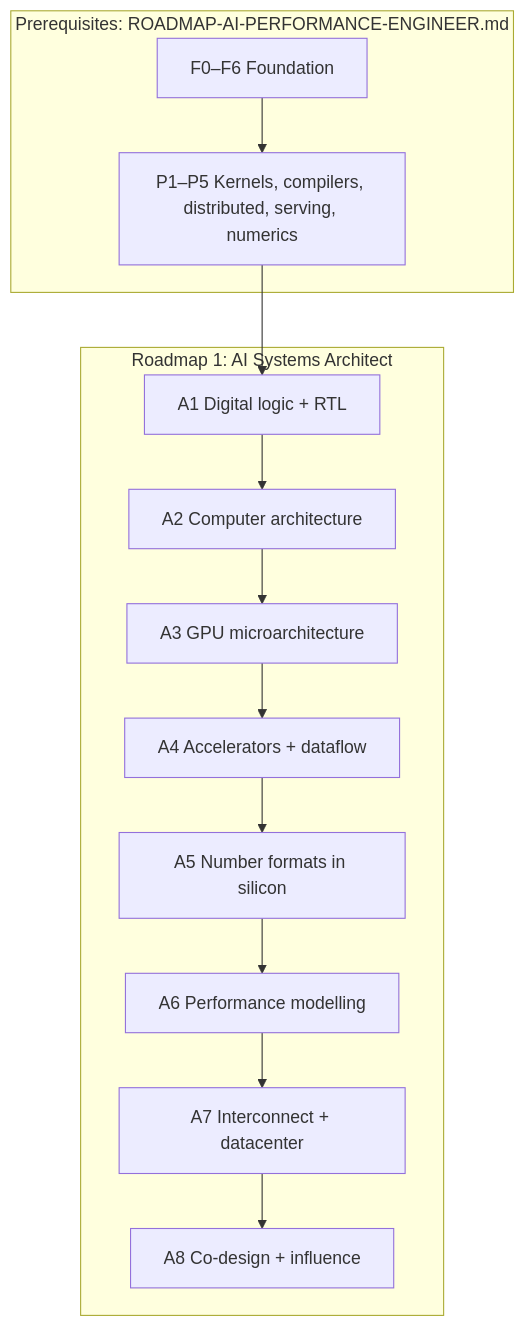
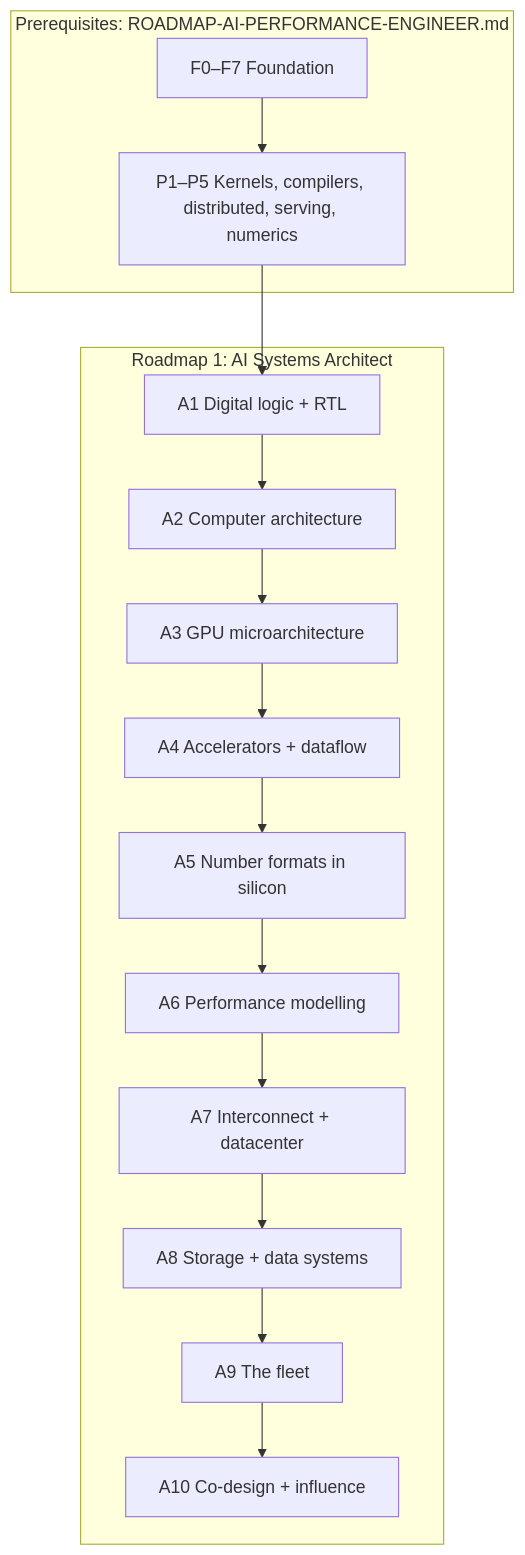
Before and after one commit to SID-Devu/AI-Trainings: the diagram in reference/ROADMAP-AI-SYSTEMS-ARCHITECT.md, drawn with Mermaid. The commit also changed other lines of this file and 3 other files, not shown here.

````diff
--- a/reference/ROADMAP-AI-SYSTEMS-ARCHITECT.md
+++ b/reference/ROADMAP-AI-SYSTEMS-ARCHITECT.md
@@ -121,10 +138,10 @@
 ```mermaid
 flowchart TB
     subgraph PRE["Prerequisites: ROADMAP-AI-PERFORMANCE-ENGINEER.md"]
-        F["F0–F6 Foundation"] --> P["P1–P5 Kernels, compilers, distributed, serving, numerics"]
+        F["F0–F7 Foundation"] --> P["P1–P5 Kernels, compilers, distributed, serving, numerics"]
     end
     subgraph ARCH["Roadmap 1: AI Systems Architect"]
-        A1["A1 Digital logic + RTL"] --> A2["A2 Computer architecture"] --> A3["A3 GPU microarchitecture"] --> A4["A4 Accelerators + dataflow"] --> A5["A5 Number formats in silicon"] --> A6["A6 Performance modelling"] --> A7["A7 Interconnect + datacenter"] --> A8["A8 Co-design + influence"]
+        A1["A1 Digital logic + RTL"] --> A2["A2 Computer architecture"] --> A3["A3 GPU microarchitecture"] --> A4["A4 Accelerators + dataflow"] --> A5["A5 Number formats in silicon"] --> A6["A6 Performance modelling"] --> A7["A7 Interconnect + datacenter"] --> A8["A8 Storage + data systems"] --> A9["A9 The fleet"] --> A10["A10 Co-design + influence"]
     end
     P --> A1
 ```
````
